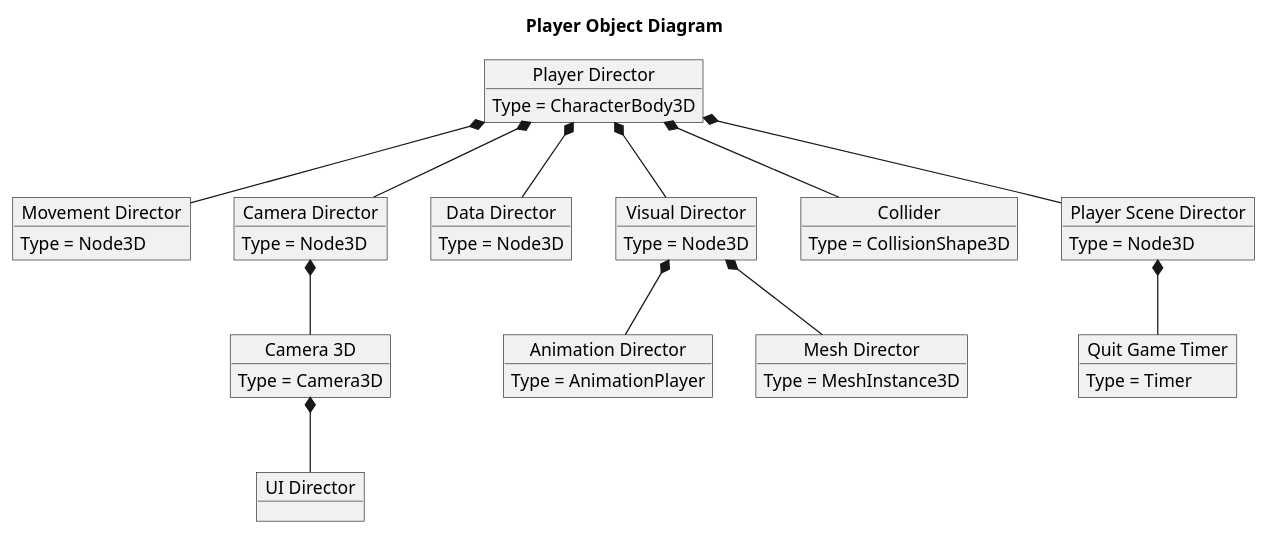
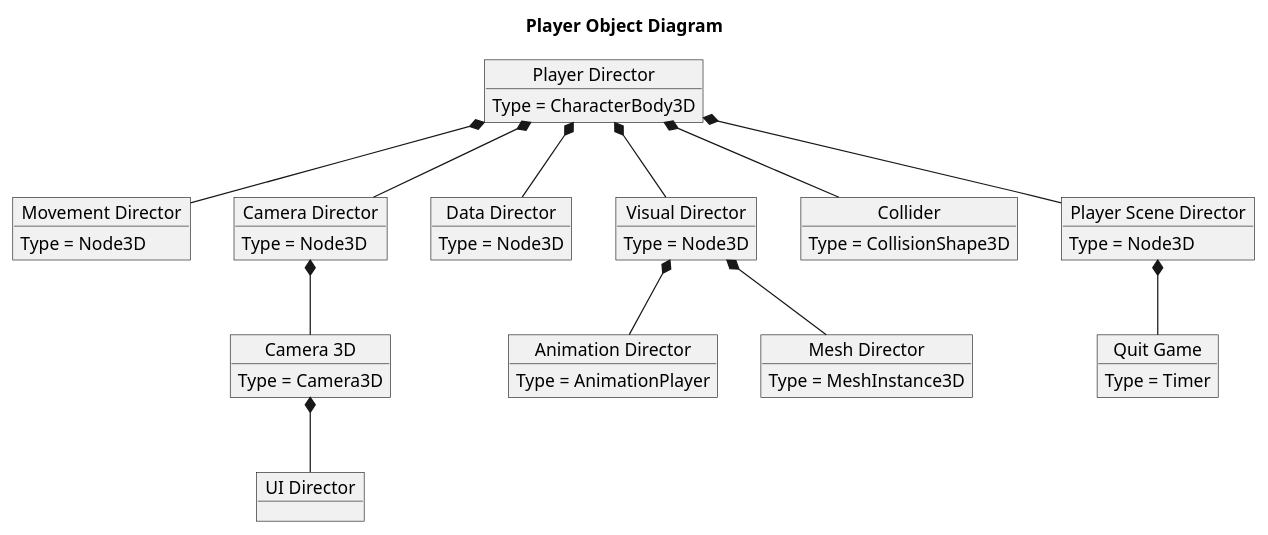
The diagram in Godot-Project/UML-Diagrams/src/Player-Object.puml (kjtkanaly/Roguelike-Shoot-Em-Up), drawn with PlantUML before and after one commit. The commit also changed 2 other files, not shown here.

Commit message:
Updated the variable name to be in line with naming practice. Update the UML diagrams to reflect the addtion/updates to the player scene cotnroller and class.

```diff
--- a/Godot-Project/UML-Diagrams/src/Player-Object.puml
+++ b/Godot-Project/UML-Diagrams/src/Player-Object.puml
@@ -1,43 +1,43 @@
 @startuml Player Object
 
 title Player Object Diagram
 
 object "Player Director" as Player
 
 object "Movement Director" as Movement
 object "Camera Director" as CameraDir
 object "Data Director" as Data
 object "Visual Director" as Visual
 object "Collider" as Collider
 object "Camera 3D" as Camera
 object "UI Director" as UIDir
 object "Animation Director" as Animation
 object "Mesh Director" as Mesh
 object "Player Scene Director" as SceneDir
-object "Quit Game Timer" as QuitTimer
+object "Quit Game" as QuitTimer
 
 Player : Type = CharacterBody3D
 Movement : Type = Node3D
 CameraDir : Type = Node3D
 Data : Type = Node3D
 Visual : Type = Node3D
 Collider : Type = CollisionShape3D
 Camera : Type = Camera3D
 Animation : Type = AnimationPlayer
 Mesh : Type = MeshInstance3D
 SceneDir : Type = Node3D
 QuitTimer : Type = Timer
 
 Player *-- Movement
 Player *-- CameraDir
 Player *-- Data
 Player *-- Visual
 Player *-- Collider
 CameraDir *-- Camera
 Camera *-- UIDir
 Visual *-- Animation
 Visual *-- Mesh
 Player *-- SceneDir
 SceneDir *-- QuitTimer
 
 @enduml
```
